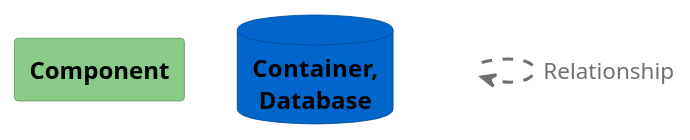
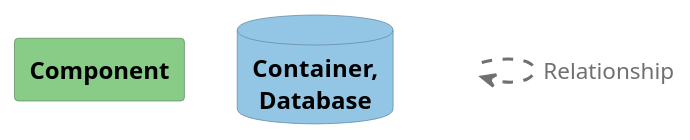
One commit to unibuc-cs/software-engineering-product-code-girls changed the diagram in backend/diagrams/structurizr-Backend_Components-key.puml. Above: the diagram before and after it, drawn with PlantUML. The commit also changed 9 other files, not shown here.

Commit message:
diagrame C4

```diff
--- a/backend/diagrams/structurizr-Backend_Components-key.puml
+++ b/backend/diagrams/structurizr-Backend_Components-key.puml
@@ -1,37 +1,37 @@
 @startuml
 set separator none
 
 skinparam {
   shadowing false
   arrowFontSize 15
   defaultTextAlignment center
   wrapWidth 100
   maxMessageSize 100
 }
 hide stereotype
 
 skinparam rectangle<<_transparent>> {
   BorderColor transparent
   BackgroundColor transparent
   FontColor transparent
 }
 
 skinparam rectangle<<1>> {
   BackgroundColor #88cc88
   FontColor #000000
   BorderColor #5f8e5f
 }
 rectangle "==Component" <<1>>
 
 skinparam database<<2>> {
-  BackgroundColor #0066cc
+  BackgroundColor #93c6e5
   FontColor #000000
-  BorderColor #00478e
+  BorderColor #668aa0
 }
 database "==Container, Database" <<2>>
 
 rectangle "." <<_transparent>> as 3
 3 .[#707070,thickness=2].> 3 : "<color:#707070>Relationship"
 
 
 @enduml
```
